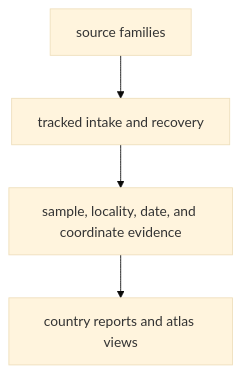
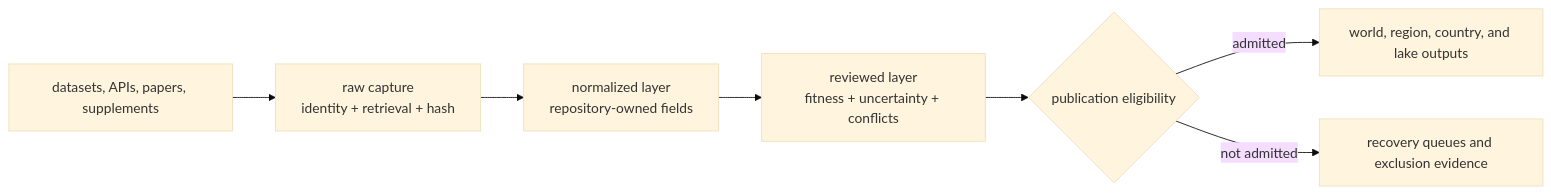
The first of 2 diagrams in docs/public/pollenomics-data/index.md (bijux/bijux-pollenomics), drawn with Mermaid (base theme) before and after one commit. The commit also changed other lines of this file and 1 other file, not shown here.

Commit message:
docs(data): define layered curation and source roles

````diff
--- a/docs/public/pollenomics-data/index.md
+++ b/docs/public/pollenomics-data/index.md
@@ -41,11 +33,9 @@
 ```mermaid
-flowchart TB
-    sources["source families"]
-    intake["tracked intake and recovery"]
-    evidence["sample, locality, date, and coordinate evidence"]
-    publications["country reports and atlas views"]
-
-    sources --> intake
-    intake --> evidence
-    evidence --> publications
+flowchart LR
+    Upstream["datasets, APIs, papers, supplements"] --> Raw["raw capture\nidentity + retrieval + hash"]
+    Raw --> Normalized["normalized layer\nrepository-owned fields"]
+    Normalized --> Reviewed["reviewed layer\nfitness + uncertainty + conflicts"]
+    Reviewed --> Gate{"publication eligibility"}
+    Gate -->|admitted| Published["world, region, country, and lake outputs"]
+    Gate -->|not admitted| Account["recovery queues and exclusion evidence"]
 ```
````
